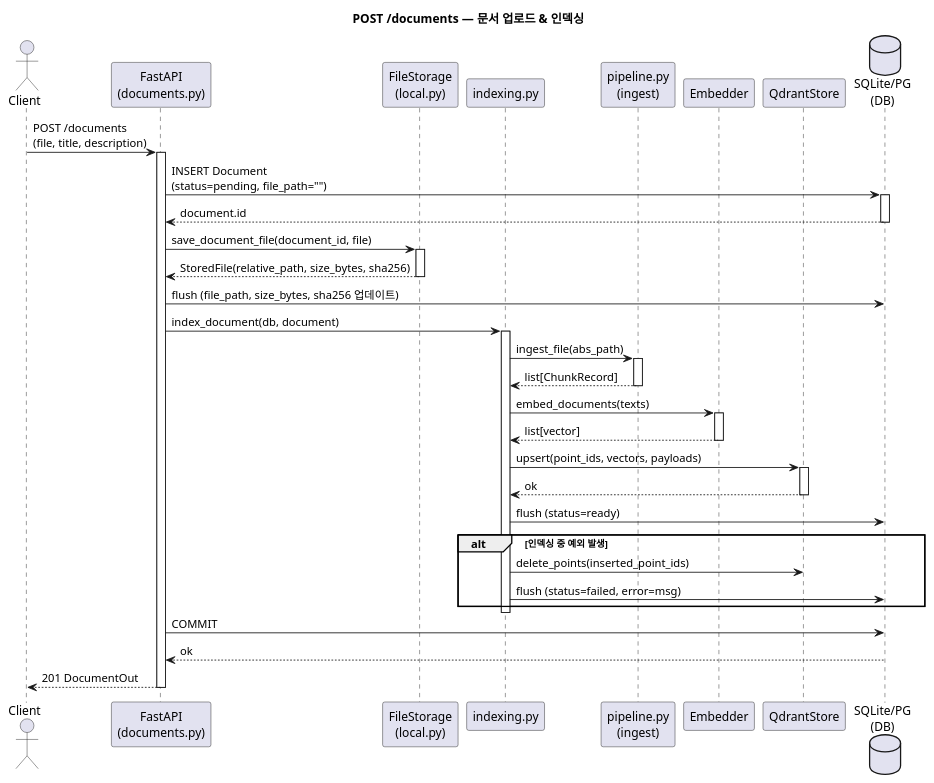
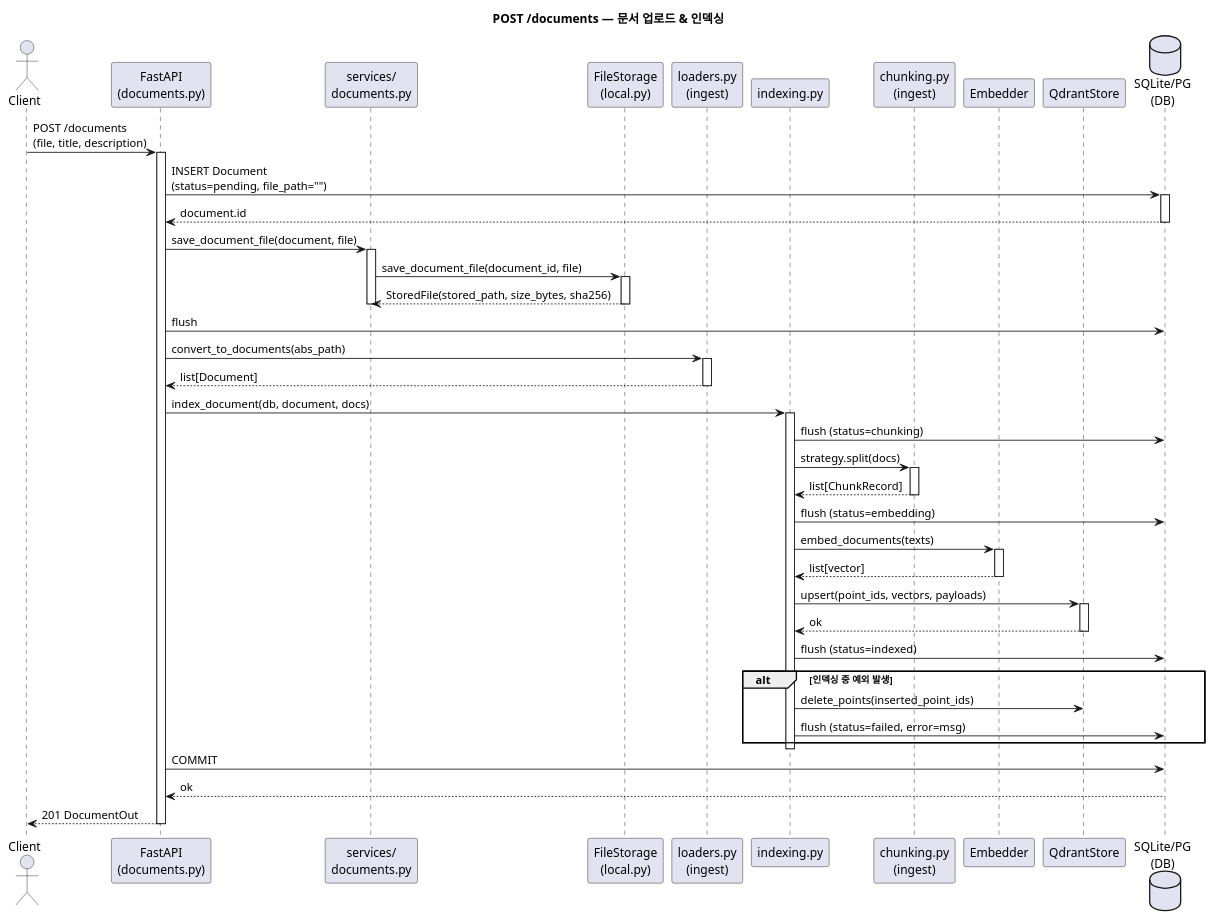
Before and after one commit to sigmoidx0/ragkit: the first of 4 diagrams in docs/diagrams/all.puml, drawn with PlantUML. The commit also changed other lines of this file and 18 other files, not shown here.

First line of the commit message:
refactor: restructure ingest, storage, and document service layers

```diff
--- a/docs/diagrams/all.puml
+++ b/docs/diagrams/all.puml
@@ -1,63 +1,77 @@
 @startuml Document Create
 
 title POST /documents — 문서 업로드 & 인덱싱
 
 actor Client
 participant "FastAPI\n(documents.py)" as API
+participant "services/\ndocuments.py" as SVC
 participant "FileStorage\n(local.py)" as FS
+participant "loaders.py\n(ingest)" as LDR
 participant "indexing.py" as IDX
-participant "pipeline.py\n(ingest)" as ING
+participant "chunking.py\n(ingest)" as ING
 participant "Embedder" as EMB
 participant "QdrantStore" as QD
 database "SQLite/PG\n(DB)" as DB
 
 Client -> API : POST /documents\n(file, title, description)
 activate API
 
 API -> DB : INSERT Document\n(status=pending, file_path="")
 activate DB
 DB --> API : document.id
 deactivate DB
 
-API -> FS : save_document_file(document_id, file)
+API -> SVC : save_document_file(document, file)
+activate SVC
+SVC -> FS : save_document_file(document_id, file)
 activate FS
-FS --> API : StoredFile(relative_path, size_bytes, sha256)
+FS --> SVC : StoredFile(stored_path, size_bytes, sha256)
 deactivate FS
+deactivate SVC
 
-API -> DB : flush (file_path, size_bytes, sha256 업데이트)
+API -> DB : flush
 
-API -> IDX : index_document(db, document)
+API -> LDR : convert_to_documents(abs_path)
+activate LDR
+LDR --> API : list[Document]
+deactivate LDR
+
+API -> IDX : index_document(db, document, docs)
 activate IDX
 
-IDX -> ING : ingest_file(abs_path)
+IDX -> DB : flush (status=chunking)
+
+IDX -> ING : strategy.split(docs)
 activate ING
 ING --> IDX : list[ChunkRecord]
 deactivate ING
+
+IDX -> DB : flush (status=embedding)
 
 IDX -> EMB : embed_documents(texts)
 activate EMB
 EMB --> IDX : list[vector]
 deactivate EMB
 
 IDX -> QD : upsert(point_ids, vectors, payloads)
 activate QD
 QD --> IDX : ok
 deactivate QD
 
-IDX -> DB : flush (status=ready)
+IDX -> DB : flush (status=indexed)
 
 alt 인덱싱 중 예외 발생
   IDX -> QD : delete_points(inserted_point_ids)
   IDX -> DB : flush (status=failed, error=msg)
 end
 
 deactivate IDX
 
 API -> DB : COMMIT
 DB --> API : ok
 
 API --> Client : 201 DocumentOut
 
 deactivate API
 
 @enduml
```
